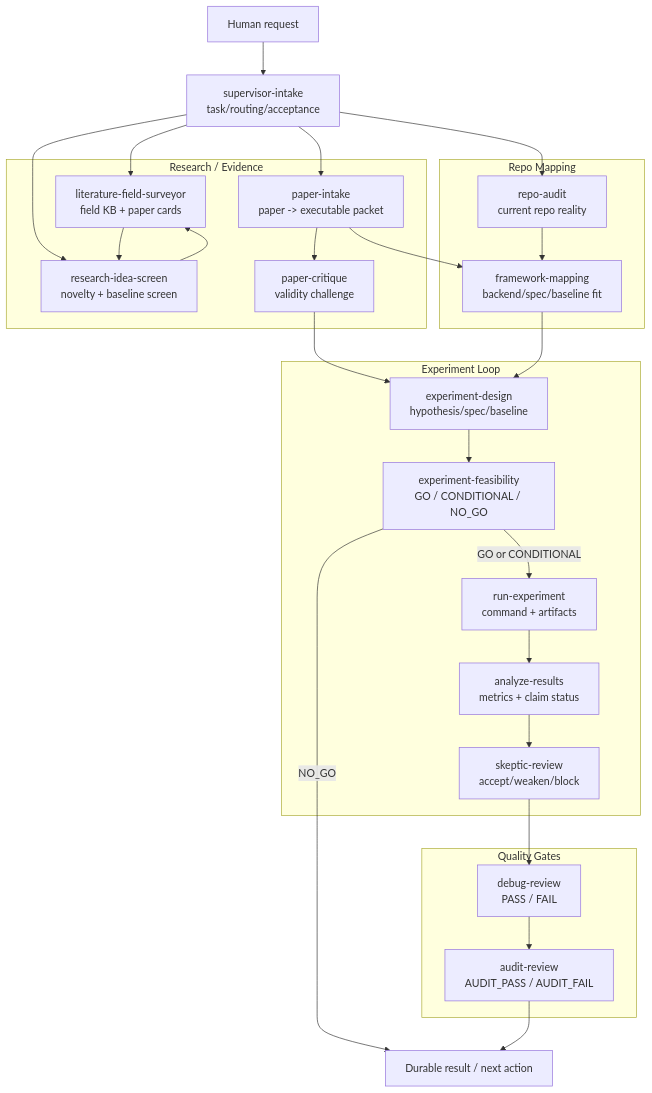
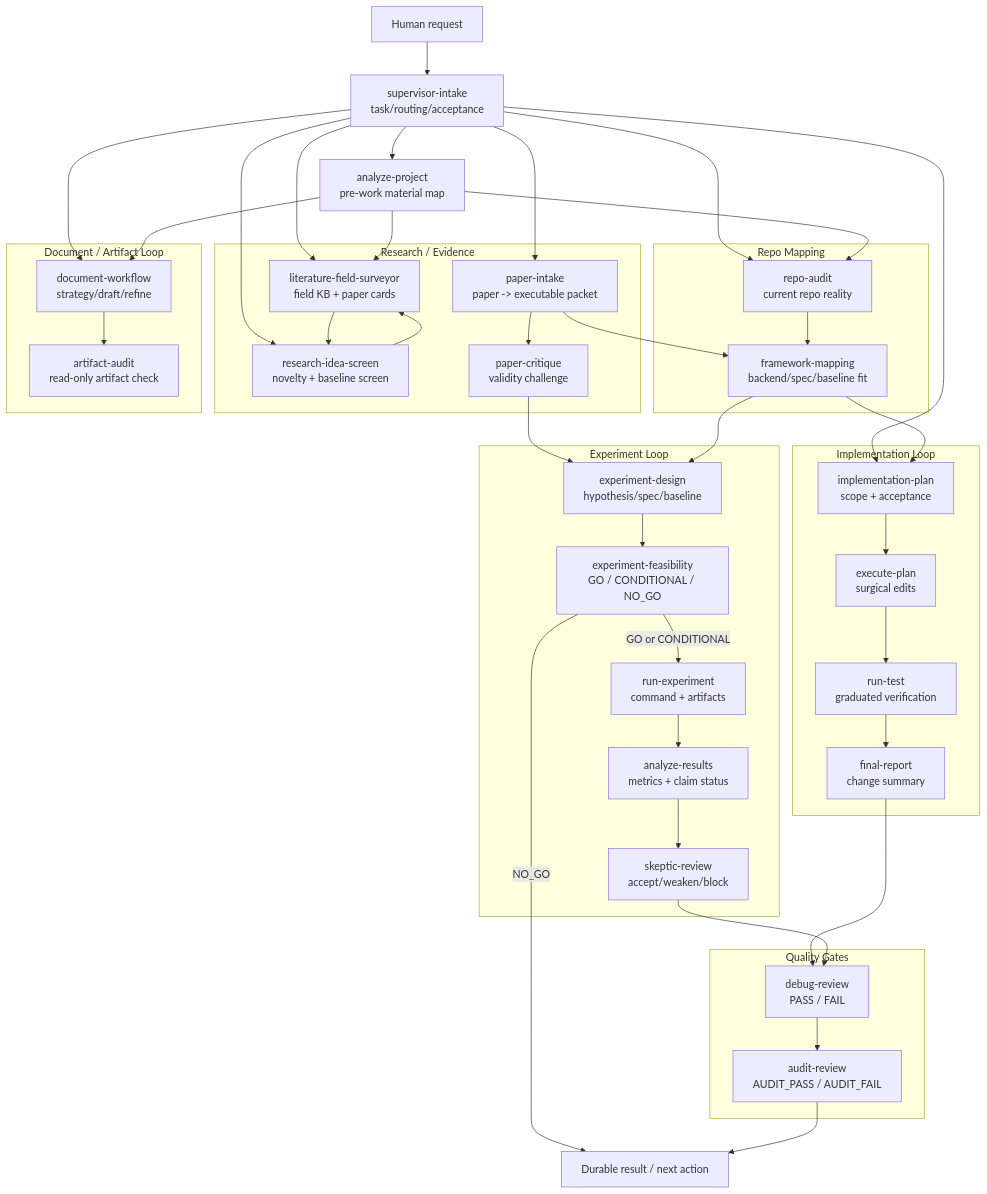
Before and after one commit to woosook0127/Codex_Skillset: the second of 9 diagrams in README.md, drawn with Mermaid. The commit also changed other lines of this file and 13 other files, not shown here.

````diff
--- a/README.md
+++ b/README.md
@@ -53,48 +61,71 @@
 ```mermaid
 flowchart TB
     REQ["Human request"]
     SUP["supervisor-intake<br/>task/routing/acceptance"]
+    AP["analyze-project<br/>pre-work material map"]
     subgraph RESEARCH["Research / Evidence"]
         LFS["literature-field-surveyor<br/>field KB + paper cards"]
         RIS["research-idea-screen<br/>novelty + baseline screen"]
         PI["paper-intake<br/>paper -> executable packet"]
         PC["paper-critique<br/>validity challenge"]
     end
     subgraph MAPPING["Repo Mapping"]
         RA["repo-audit<br/>current repo reality"]
         FM["framework-mapping<br/>backend/spec/baseline fit"]
     end
+    subgraph IMPLEMENT["Implementation Loop"]
+        IP["implementation-plan<br/>scope + acceptance"]
+        EP["execute-plan<br/>surgical edits"]
+        RT["run-test<br/>graduated verification"]
+        FR["final-report<br/>change summary"]
+    end
     subgraph EXPERIMENT["Experiment Loop"]
         ED["experiment-design<br/>hypothesis/spec/baseline"]
         EF["experiment-feasibility<br/>GO / CONDITIONAL / NO_GO"]
         RUN["run-experiment<br/>command + artifacts"]
         AR["analyze-results<br/>metrics + claim status"]
         SR["skeptic-review<br/>accept/weaken/block"]
+    end
+    subgraph DOCS["Document / Artifact Loop"]
+        DW["document-workflow<br/>strategy/draft/refine"]
+        AA["artifact-audit<br/>read-only artifact check"]
     end
     subgraph GATES["Quality Gates"]
         DBG["debug-review<br/>PASS / FAIL"]
         AUD["audit-review<br/>AUDIT_PASS / AUDIT_FAIL"]
     end
     DONE["Durable result / next action"]
 
     REQ --> SUP
+    SUP --> AP
     SUP --> LFS
     SUP --> RIS
     SUP --> PI
     SUP --> RA
+    SUP --> IP
+    SUP --> DW
+    AP --> LFS
+    AP --> RA
+    AP --> DW
     RIS --> LFS
     PI --> PC
     PI --> FM
     PC --> ED
     LFS --> RIS
     RA --> FM
     FM --> ED
+    FM --> IP
+    IP --> EP
+    EP --> RT
+    RT --> FR
+    FR --> DBG
     ED --> EF
     EF -->|GO or CONDITIONAL| RUN
     EF -->|NO_GO| DONE
     RUN --> AR
     AR --> SR
+    DW --> AA
     SR --> DBG
     DBG --> AUD
     AUD --> DONE
 ```
````
